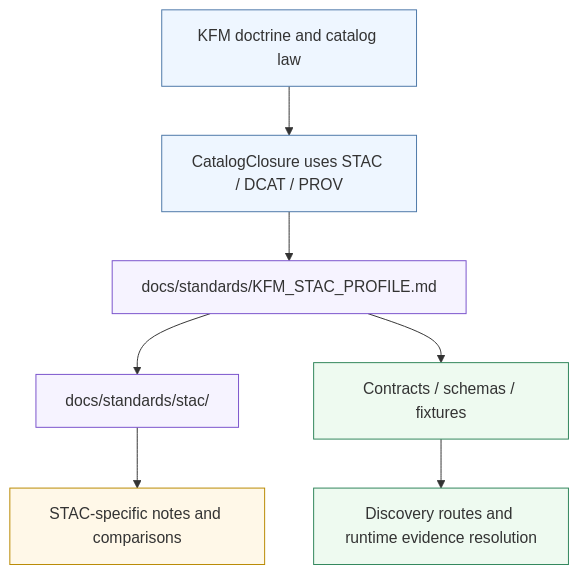
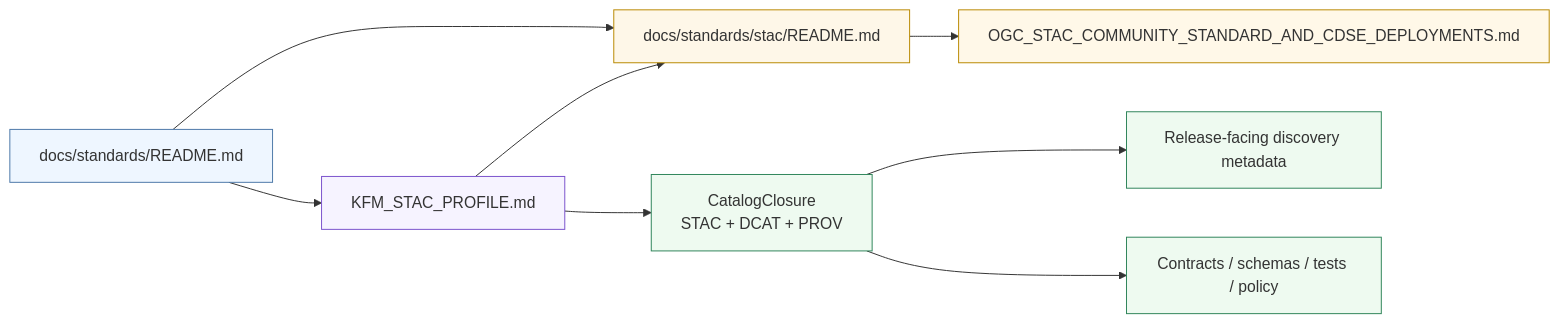
One commit to bartytime4life/Kansas-Frontier-Matrix changed the diagram in docs/standards/stac/README.md. Above: the diagram before and after it, drawn with Mermaid. The commit also changed other lines of this file, not shown here.

````diff
--- a/docs/standards/stac/README.md
+++ b/docs/standards/stac/README.md
@@ -198,17 +220,18 @@
 ```mermaid
-flowchart TD
-    A[KFM doctrine and catalog law] --> B[CatalogClosure uses STAC / DCAT / PROV]
-    B --> C[docs/standards/KFM_STAC_PROFILE.md]
-    C --> D[docs/standards/stac/]
-    D --> E[STAC-specific notes and comparisons]
-    C --> F[Contracts / schemas / fixtures]
-    F --> G[Discovery routes and runtime evidence resolution]
+flowchart LR
+    IDX[docs/standards/README.md] --> PROF[KFM_STAC_PROFILE.md]
+    IDX --> LANE[docs/standards/stac/README.md]
+    PROF --> LANE
+    LANE --> NOTE[OGC_STAC_COMMUNITY_STANDARD_AND_CDSE_DEPLOYMENTS.md]
+    PROF --> CLOSE[CatalogClosure<br/>STAC + DCAT + PROV]
+    CLOSE --> DISC[Release-facing discovery metadata]
+    CLOSE --> ADJ[Contracts / schemas / tests / policy]
 
-    style A fill:#eef6ff,stroke:#4c78a8
-    style B fill:#eef6ff,stroke:#4c78a8
-    style C fill:#f6f3ff,stroke:#7a52cc
-    style D fill:#f6f3ff,stroke:#7a52cc
-    style E fill:#fff8e8,stroke:#b98900
-    style F fill:#eefaf0,stroke:#2f855a
-    style G fill:#eefaf0,stroke:#2f855a
+    style IDX fill:#eef6ff,stroke:#4c78a8
+    style PROF fill:#f6f3ff,stroke:#7a52cc
+    style LANE fill:#fef7e8,stroke:#b98900
+    style NOTE fill:#fff8e8,stroke:#b98900
+    style CLOSE fill:#eefaf0,stroke:#2f855a
+    style DISC fill:#eefaf0,stroke:#2f855a
+    style ADJ fill:#eefaf0,stroke:#2f855a
 ```
````
